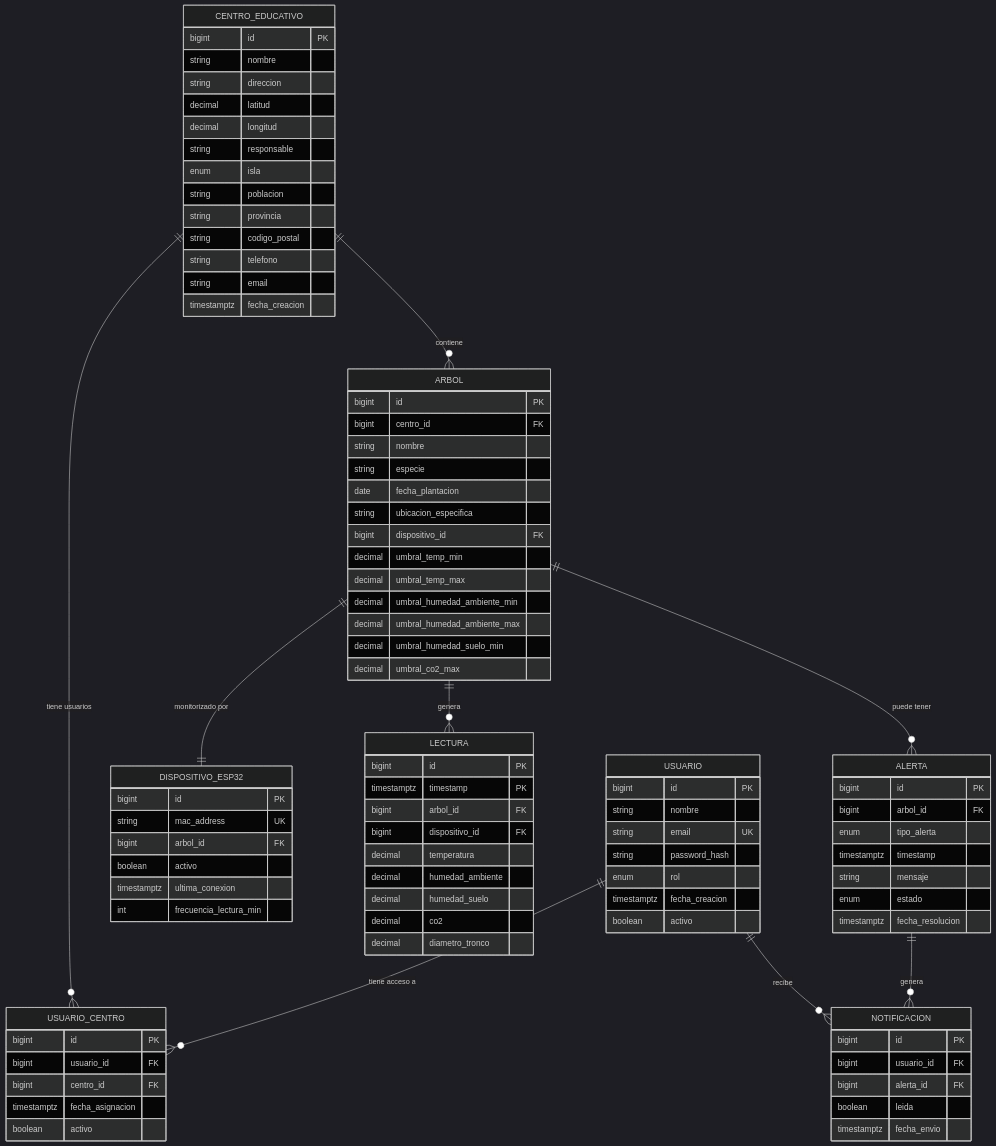
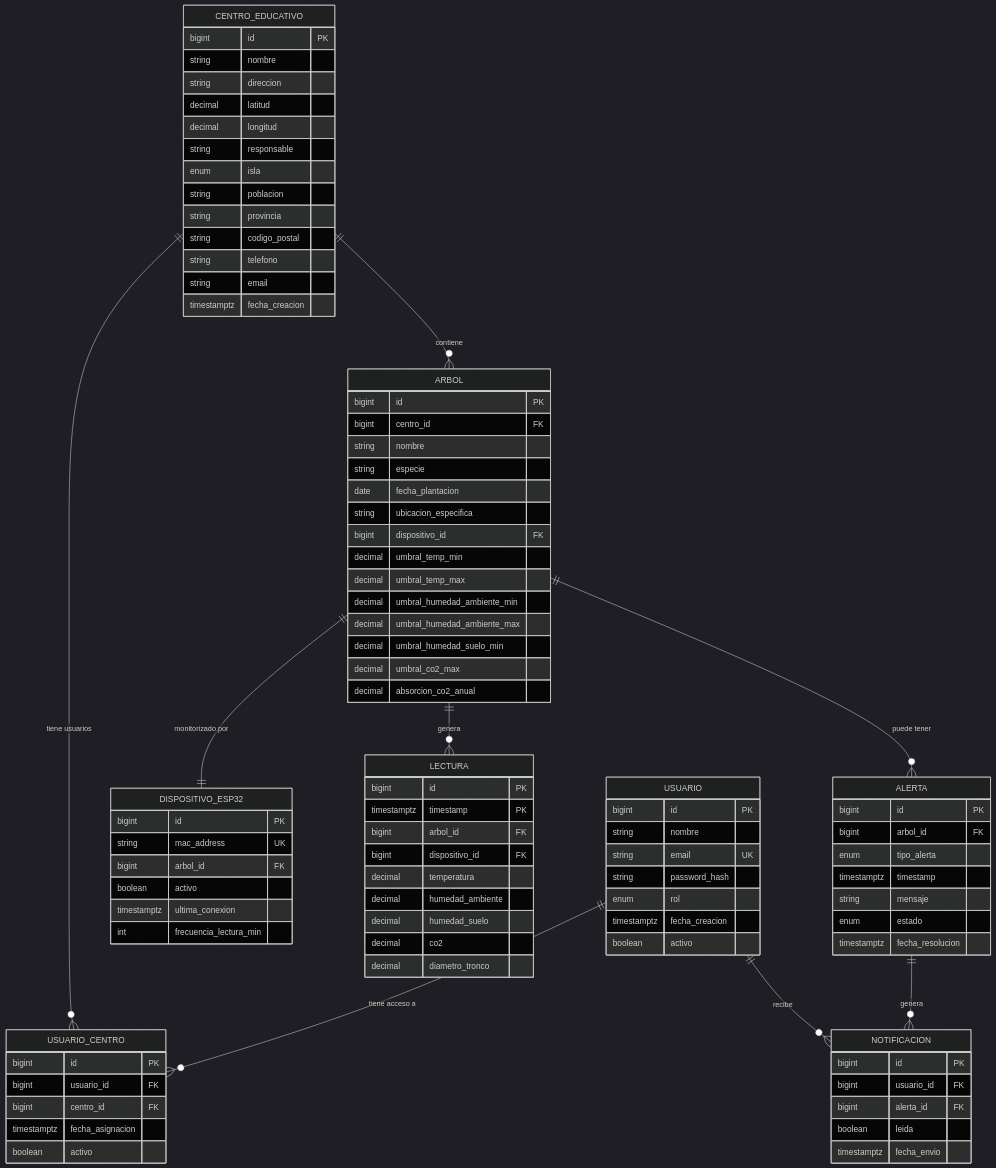
The first of 2 diagrams in docs/04. MODELO_DATOS.md (riordi80/vocational-training-final-project), drawn with Mermaid (dark theme) before and after one commit. The commit also changed other lines of this file and 1 other file, not shown here.

```diff
--- a/docs/04. MODELO_DATOS.md
+++ b/docs/04. MODELO_DATOS.md
@@ -96,6 +96,7 @@
         decimal umbral_humedad_ambiente_max
         decimal umbral_humedad_suelo_min
         decimal umbral_co2_max
+        decimal absorcion_co2_anual
     }
 
     DISPOSITIVO_ESP32 {
```
